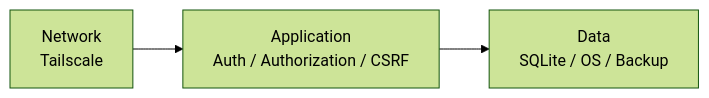
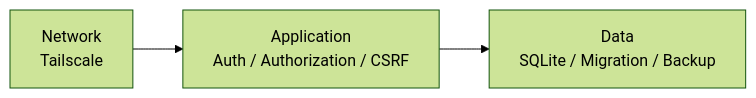
The fourth of 4 diagrams in docs/SECURITY.md (k-systems202208/python-sqlite-tailscale-webapp-template), drawn with Mermaid (forest theme) before and after one commit. The commit also changed other lines of this file and 42 other files, not shown here.

````diff
--- a/docs/SECURITY.md
+++ b/docs/SECURITY.md
@@ -199,5 +156,5 @@
 ```mermaid
 flowchart LR
     N["Network\nTailscale"] --> A["Application\nAuth / Authorization / CSRF"]
-    A --> D["Data\nSQLite / OS / Backup"]
+    A --> D["Data\nSQLite / Migration / Backup"]
 ```
````
